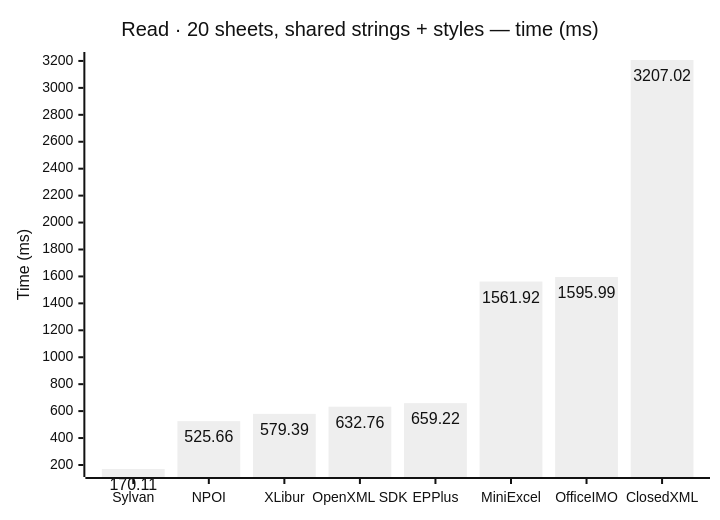
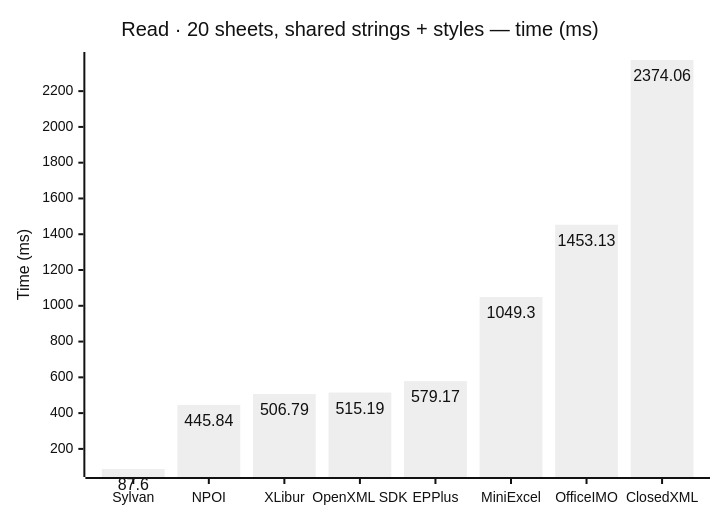
One commit to jafin/XLBench changed the fifth of 18 diagrams in docs/results-ci.md. Above: the diagram before and after it, drawn with Mermaid (neutral theme). The commit also changed other lines of this file, not shown here.

````diff
--- a/docs/results-ci.md
+++ b/docs/results-ci.md
@@ -95,12 +95,12 @@
 ```mermaid
 ---
 config:
   xyChart:
     showDataLabel: true
 ---
 xychart-beta
     title "Read · 20 sheets, shared strings + styles — time (ms)"
     x-axis ["Sylvan", "NPOI", "XLibur", "OpenXML SDK", "EPPlus", "MiniExcel", "OfficeIMO", "ClosedXML"]
     y-axis "Time (ms)"
-    bar [170.11, 525.66, 579.39, 632.76, 659.22, 1561.92, 1595.99, 3207.02]
+    bar [87.6, 445.84, 506.79, 515.19, 579.17, 1049.3, 1453.13, 2374.06]
 ```
````
